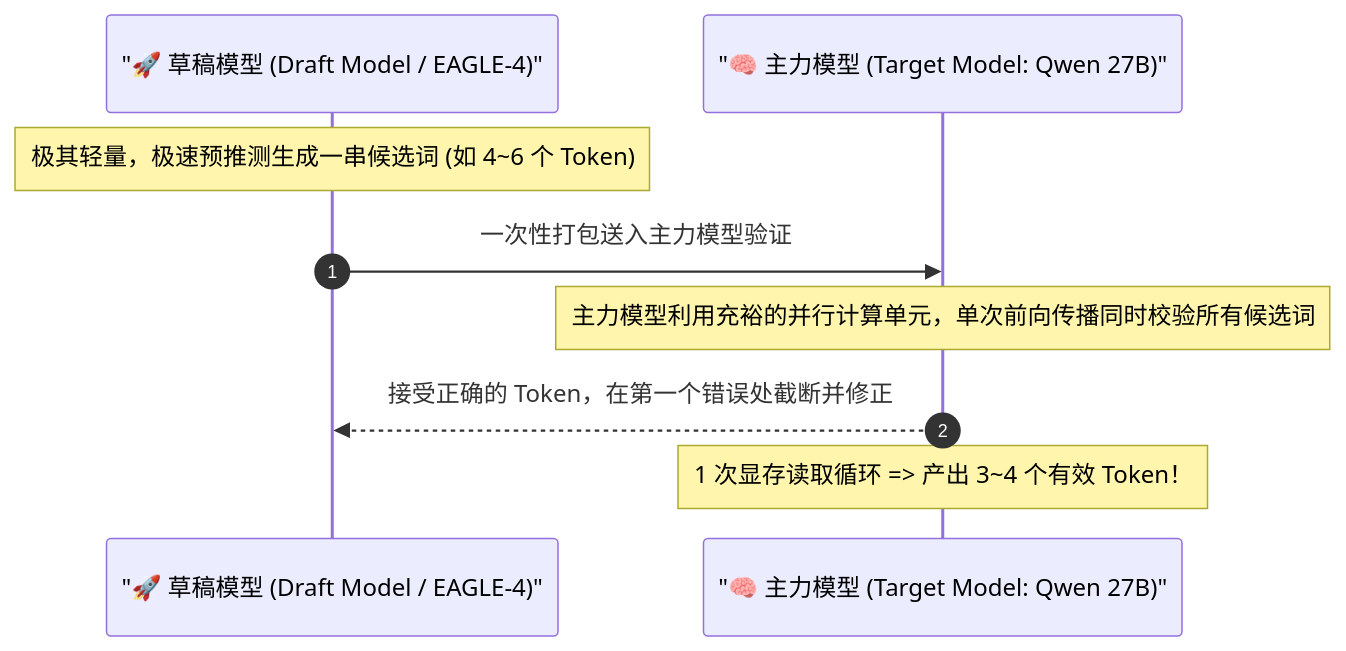
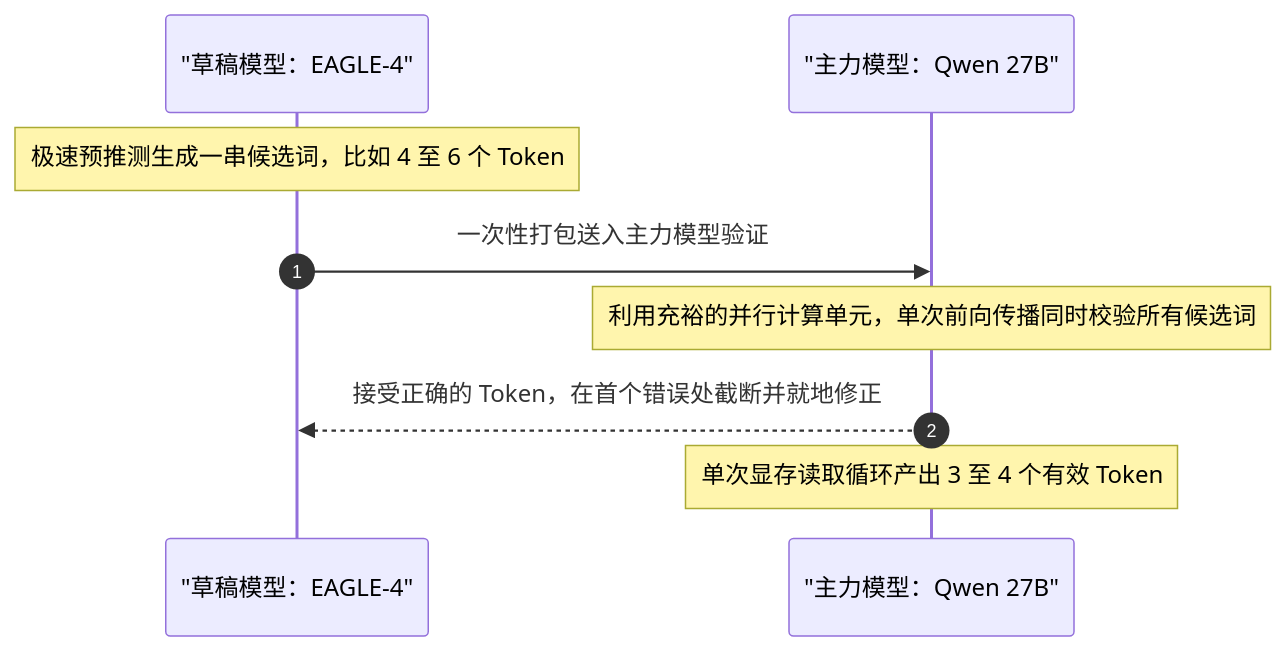
One commit to kulego-cpu/free-ai-resources changed the first of 2 diagrams in guides/zh/eagle-4-speculative-decoding-guide.md. Above: the diagram before and after it, drawn with Mermaid. The commit also changed other lines of this file and 3 other files, not shown here.

````diff
--- a/guides/zh/eagle-4-speculative-decoding-guide.md
+++ b/guides/zh/eagle-4-speculative-decoding-guide.md
@@ -30,12 +50,12 @@
 ```mermaid
 sequenceDiagram
     autonumber
-    participant Draft as "🚀 草稿模型 (Draft Model / EAGLE-4)"
-    participant Target as "🧠 主力模型 (Target Model: Qwen 27B)"
+    participant Draft as "草稿模型：EAGLE-4"
+    participant Target as "主力模型：Qwen 27B"
     
-    Note over Draft: 极其轻量，极速预推测生成一串候选词 (如 4~6 个 Token)
+    Note over Draft: 极速预推测生成一串候选词，比如 4 至 6 个 Token
     Draft->>Target: 一次性打包送入主力模型验证
-    Note over Target: 主力模型利用充裕的并行计算单元，单次前向传播同时校验所有候选词
-    Target-->>Draft: 接受正确的 Token，在第一个错误处截断并修正
-    Note over Target: 1 次显存读取循环 => 产出 3~4 个有效 Token！
+    Note over Target: 利用充裕的并行计算单元，单次前向传播同时校验所有候选词
+    Target-->>Draft: 接受正确的 Token，在首个错误处截断并就地修正
+    Note over Target: 单次显存读取循环产出 3 至 4 个有效 Token
 ```
````
